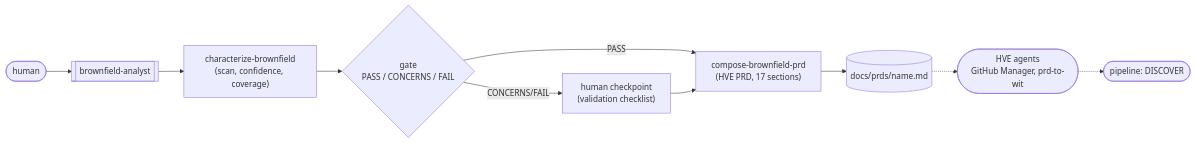
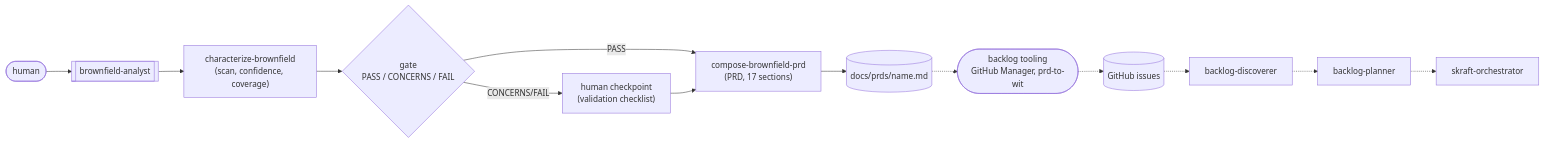
The first of 3 diagrams in docs/site/en/explanation/brownfield.md (SebastienDegodez/skraft-plugin), drawn with Mermaid before and after one commit. The commit also changed other lines of this file and 820 other files, not shown here.

````diff
--- a/docs/site/en/explanation/brownfield.md
+++ b/docs/site/en/explanation/brownfield.md
@@ -39,12 +51,15 @@
 ```mermaid
 flowchart LR
     H(["human"]) --> BA[["brownfield-analyst"]]
     BA --> CB["characterize-brownfield<br/>(scan, confidence, coverage)"]
     CB --> G{"gate<br/>PASS / CONCERNS / FAIL"}
     G -->|CONCERNS/FAIL| CHK["human checkpoint<br/>(validation checklist)"]
-    G -->|PASS| CP["compose-brownfield-prd<br/>(HVE PRD, 17 sections)"]
+    G -->|PASS| CP["compose-brownfield-prd<br/>(PRD, 17 sections)"]
     CHK --> CP
     CP --> PRD[("docs/prds/name.md")]
-    PRD -.-> HVE(["HVE agents<br/>GitHub Manager, prd-to-wit"])
-    HVE -.-> DISCOVER(["pipeline: DISCOVER"])
+    PRD -.-> BLT(["backlog tooling<br/>GitHub Manager, prd-to-wit"])
+    BLT -.-> ISSUES[("GitHub issues")]
+    ISSUES -.-> BD["backlog-discoverer"]
+    BD -.-> BP["backlog-planner"]
+    BP -.-> ORCH["skraft-orchestrator"]
 ```
````
